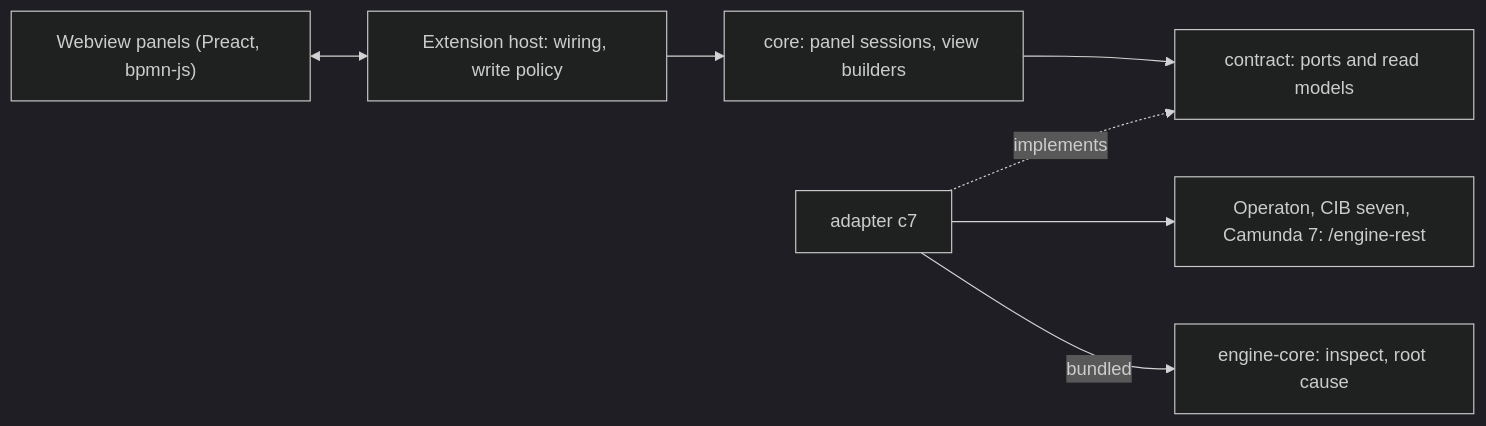
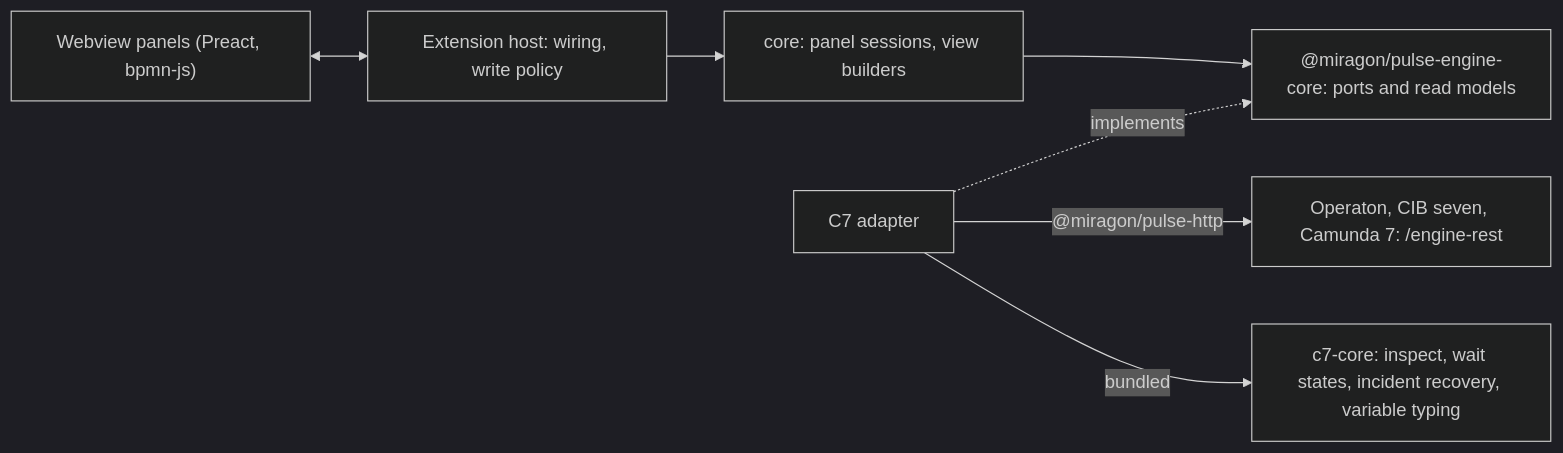
Before and after one commit to Miragon/pulse: the diagram in docs/vscode/architecture.md, drawn with Mermaid (dark theme). The commit also changed other lines of this file and 2074 other files, not shown here.

````diff
--- a/docs/vscode/architecture.md
+++ b/docs/vscode/architecture.md
@@ -9,9 +12,9 @@
 ```mermaid
 flowchart LR
   webview["Webview panels (Preact, bpmn-js)"] <--> host["Extension host: wiring, write policy"]
   host --> core["core: panel sessions, view builders"]
-  core --> contract["contract: ports and read models"]
-  c7["adapter c7"] -. implements .-> contract
-  c7 --> engines["Operaton, CIB seven, Camunda 7: /engine-rest"]
-  c7 -- bundled --> enginecore["engine-core: inspect, root cause"]
+  core --> engineCore["@miragon/pulse-engine-core: ports and read models"]
+  c7["C7 adapter"] -. implements .-> engineCore
+  c7 -- "@miragon/pulse-http" --> engines["Operaton, CIB seven, Camunda 7: /engine-rest"]
+  c7 -- bundled --> c7core["c7-core: inspect, wait states, incident recovery, variable typing"]
 ```
````
